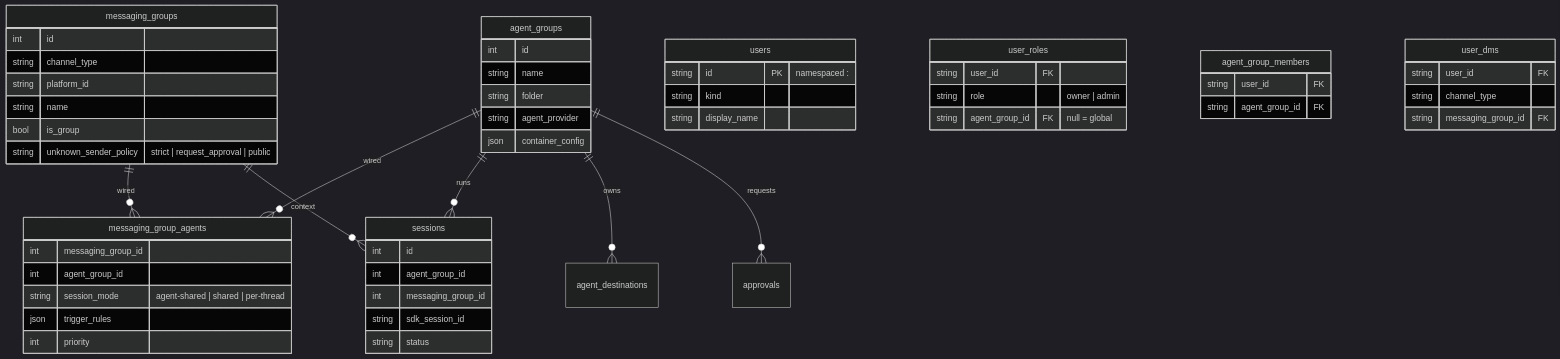
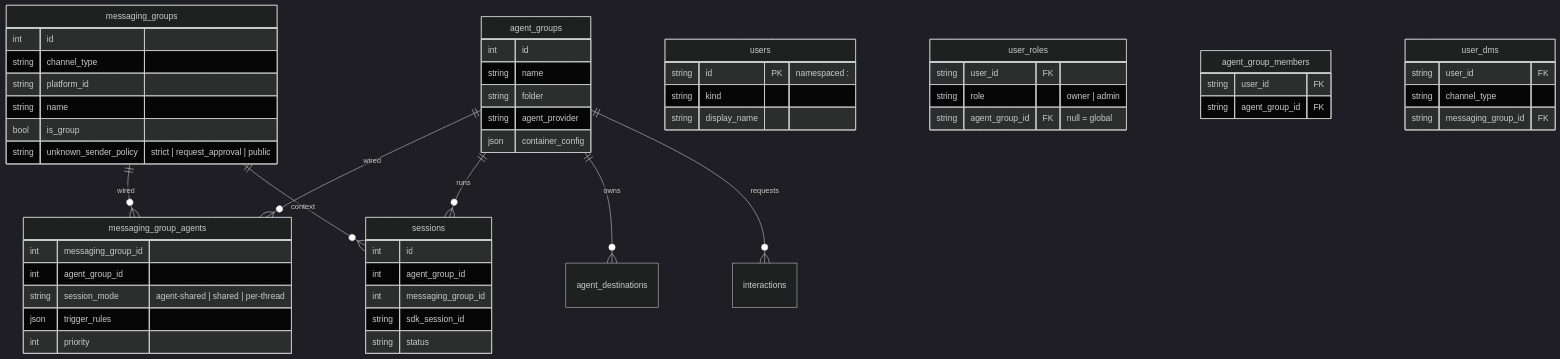
The fourth of 5 diagrams in docs/architecture-diagram.md (dtreskunov/bananaclaw), drawn with Mermaid (dark theme) before and after one commit. The commit also changed other lines of this file and 65 other files, not shown here.

````diff
--- a/docs/architecture-diagram.md
+++ b/docs/architecture-diagram.md
@@ -145,58 +145,58 @@
 ```mermaid
 erDiagram
   agent_groups ||--o{ messaging_group_agents : wired
   messaging_groups ||--o{ messaging_group_agents : wired
   agent_groups ||--o{ sessions : runs
   messaging_groups ||--o{ sessions : context
   agent_groups ||--o{ agent_destinations : owns
-  agent_groups ||--o{ approvals : requests
+  agent_groups ||--o{ interactions : requests
 
   agent_groups {
     int id
     string name
     string folder
     string agent_provider
     json container_config
   }
   messaging_groups {
     int id
     string channel_type
     string platform_id
     string name
     bool is_group
     string unknown_sender_policy "strict | request_approval | public"
   }
   users {
     string id PK "namespaced <channel>:<handle>"
     string kind
     string display_name
   }
   user_roles {
     string user_id FK
     string role "owner | admin"
     string agent_group_id FK "null = global"
   }
   agent_group_members {
     string user_id FK
     string agent_group_id FK
   }
   user_dms {
     string user_id FK
     string channel_type
     string messaging_group_id FK
   }
   messaging_group_agents {
     int messaging_group_id
     int agent_group_id
     string session_mode "agent-shared | shared | per-thread"
     json trigger_rules
     int priority
   }
   sessions {
     int id
     int agent_group_id
     int messaging_group_id
     string sdk_session_id
     string status
   }
 ```
````
